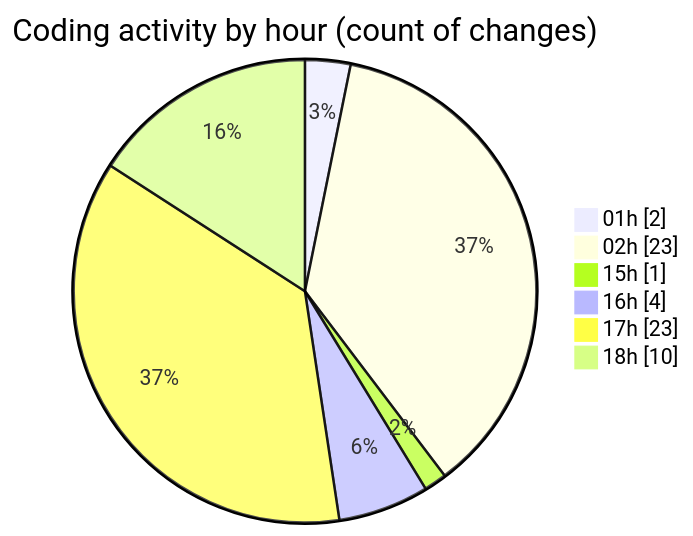
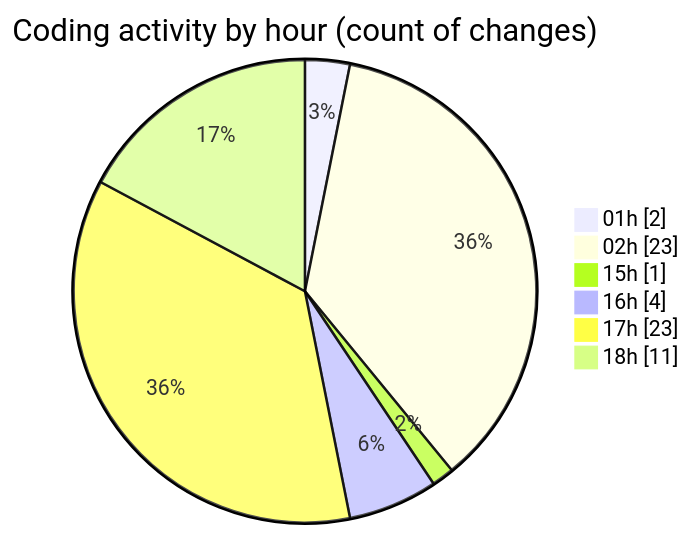
One commit to mevix1/code-tracking changed the second of 2 diagrams in 2025-10-01/open-health/README.md. Above: the diagram before and after it, drawn with Mermaid. The commit also changed other lines of this file and 1 other file, not shown here.

````diff
--- a/2025-10-01/open-health/README.md
+++ b/2025-10-01/open-health/README.md
@@ -69,10 +70,10 @@
 ```mermaid
 pie showData
 title Coding activity by hour (count of changes)
 "01h" : 2
 "02h" : 23
 "15h" : 1
 "16h" : 4
 "17h" : 23
-"18h" : 10
+"18h" : 11
 ```
````
